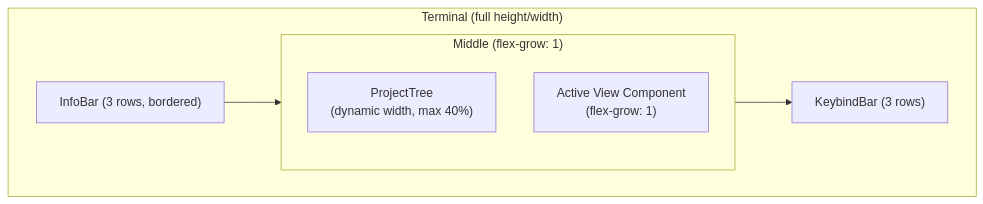
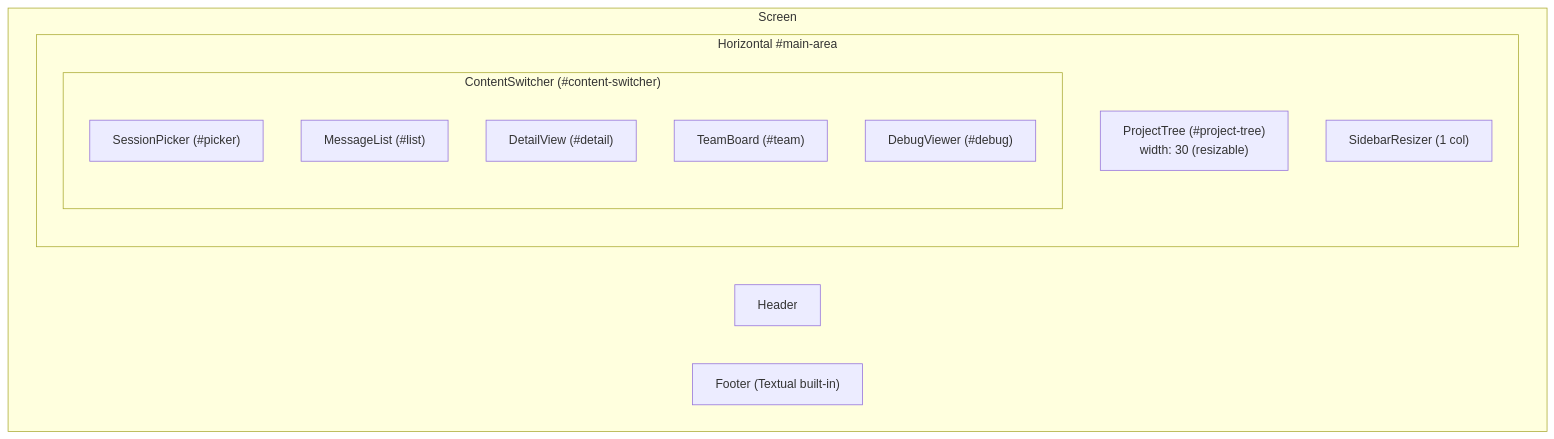
Before and after one commit to delexw/claude-code-trace: the fourth of 11 diagrams in specs/06-tui.md, drawn with Mermaid. The commit also changed other lines of this file and 72 other files, not shown here.

````diff
--- a/specs/06-tui.md
+++ b/specs/06-tui.md
@@ -93,13 +105,18 @@
 ```mermaid
 graph TB
-    subgraph Terminal["Terminal (full height/width)"]
-        IB["InfoBar (3 rows, bordered)"]
-        subgraph MIDDLE["Middle (flex-grow: 1)"]
-            PT["ProjectTree\n(dynamic width, max 40%)"]
-            VIEW["Active View Component\n(flex-grow: 1)"]
+    subgraph App["Screen"]
+        H["Header"]
+        subgraph MAIN["Horizontal #main-area"]
+            PT["ProjectTree (#project-tree)\nwidth: 30 (resizable)"]
+            SR["SidebarResizer (1 col)"]
+            subgraph CS["ContentSwitcher (#content-switcher)"]
+                SP["SessionPicker (#picker)"]
+                ML["MessageList (#list)"]
+                DV["DetailView (#detail)"]
+                TB["TeamBoard (#team)"]
+                DB["DebugViewer (#debug)"]
+            end
         end
-        KB["KeybindBar (3 rows)"]
+        F["Footer (Textual built-in)"]
     end
-    IB --> MIDDLE
-    MIDDLE --> KB
 ```
````
